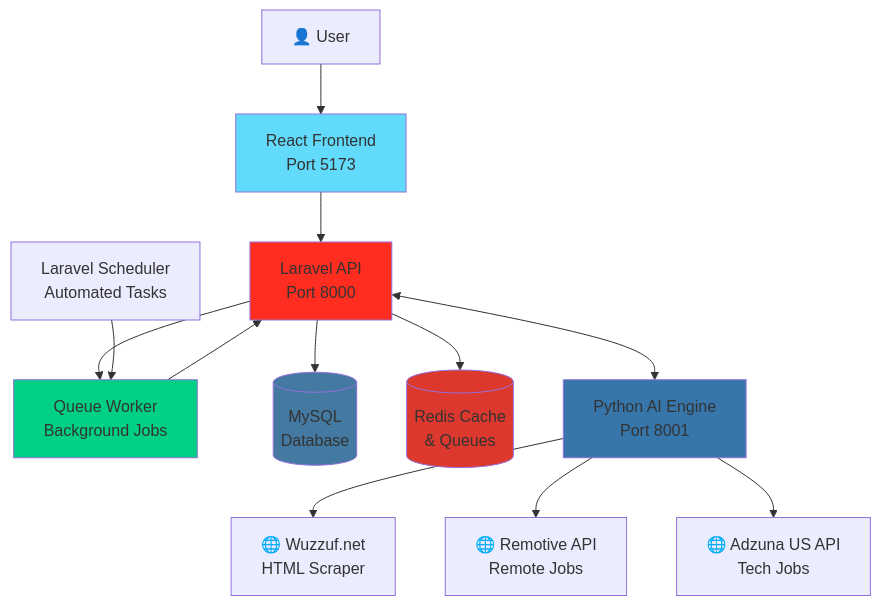
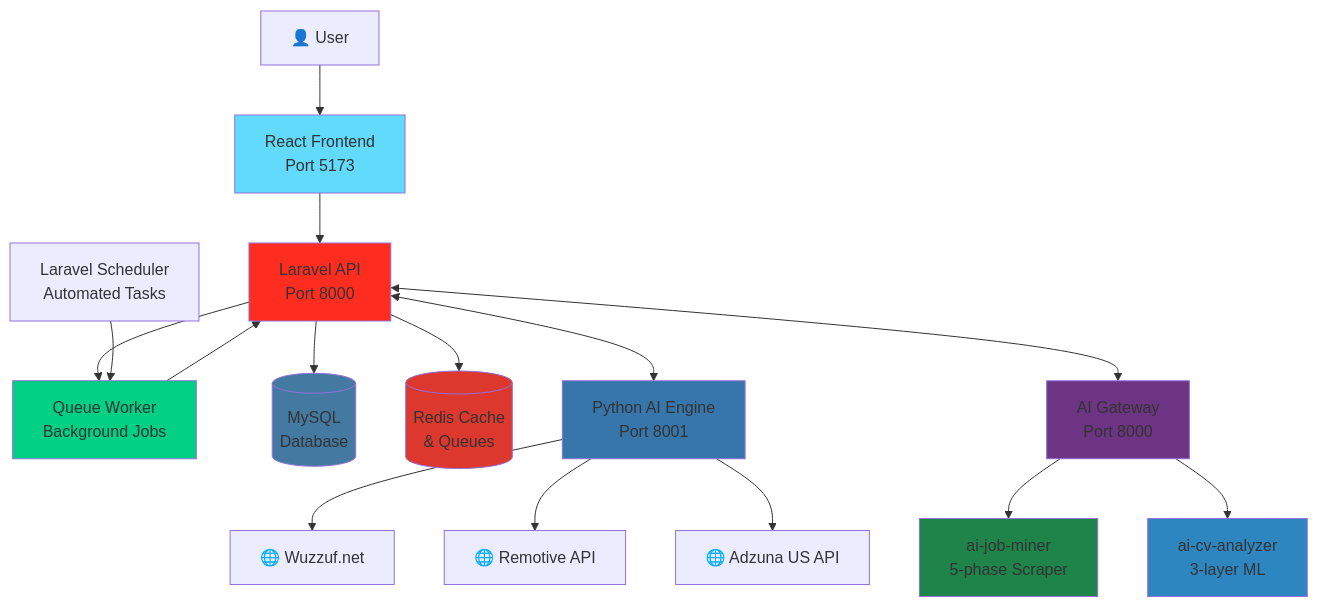
One commit to YousefAlTohamy/CareerCompass changed the first of 6 diagrams in README.md. Above: the diagram before and after it, drawn with Mermaid. The commit also changed other lines of this file and 3 other files, not shown here.

Commit message:
feat: Add Contact extractor to ai-hybrid-orchestrator and create FastAPI Gateway to integrate with laravel

````diff
--- a/README.md
+++ b/README.md
@@ -20,21 +20,27 @@
 ```mermaid
 graph TB
     User[👤 User] --> Frontend[React Frontend<br/>Port 5173]
     Frontend --> Laravel[Laravel API<br/>Port 8000]
     Laravel --> Queue[Queue Worker<br/>Background Jobs]
     Laravel --> MySQL[(MySQL<br/>Database)]
     Laravel --> Redis[(Redis Cache<br/>& Queues)]
-    Laravel <--> AI[Python AI Engine<br/>Port 8001]
-    AI --> Wuzzuf[🌐 Wuzzuf.net<br/>HTML Scraper]
-    AI --> Remotive[🌐 Remotive API<br/>Remote Jobs]
-    AI --> Adzuna[🌐 Adzuna US API<br/>Tech Jobs]
+    Laravel <--> LegacyAI[Python AI Engine<br/>Port 8001]
+    Laravel <--> Gateway[AI Gateway<br/>Port 8000]
+    Gateway --> JobMiner[ai-job-miner<br/>5-phase Scraper]
+    Gateway --> CVAnalyzer[ai-cv-analyzer<br/>3-layer ML]
+    LegacyAI --> Wuzzuf[🌐 Wuzzuf.net]
+    LegacyAI --> Remotive[🌐 Remotive API]
+    LegacyAI --> Adzuna[🌐 Adzuna US API]
     Queue --> Laravel
     Scheduler[Laravel Scheduler<br/>Automated Tasks] --> Queue
 
     style Frontend fill:#61dafb
     style Laravel fill:#ff2d20
-    style AI fill:#3776ab
+    style LegacyAI fill:#3776ab
+    style Gateway fill:#6c3483
+    style JobMiner fill:#1e8449
+    style CVAnalyzer fill:#2e86c1
     style MySQL fill:#4479a1
     style Redis fill:#dc382d
     style Queue fill:#00d084
 ```
````
